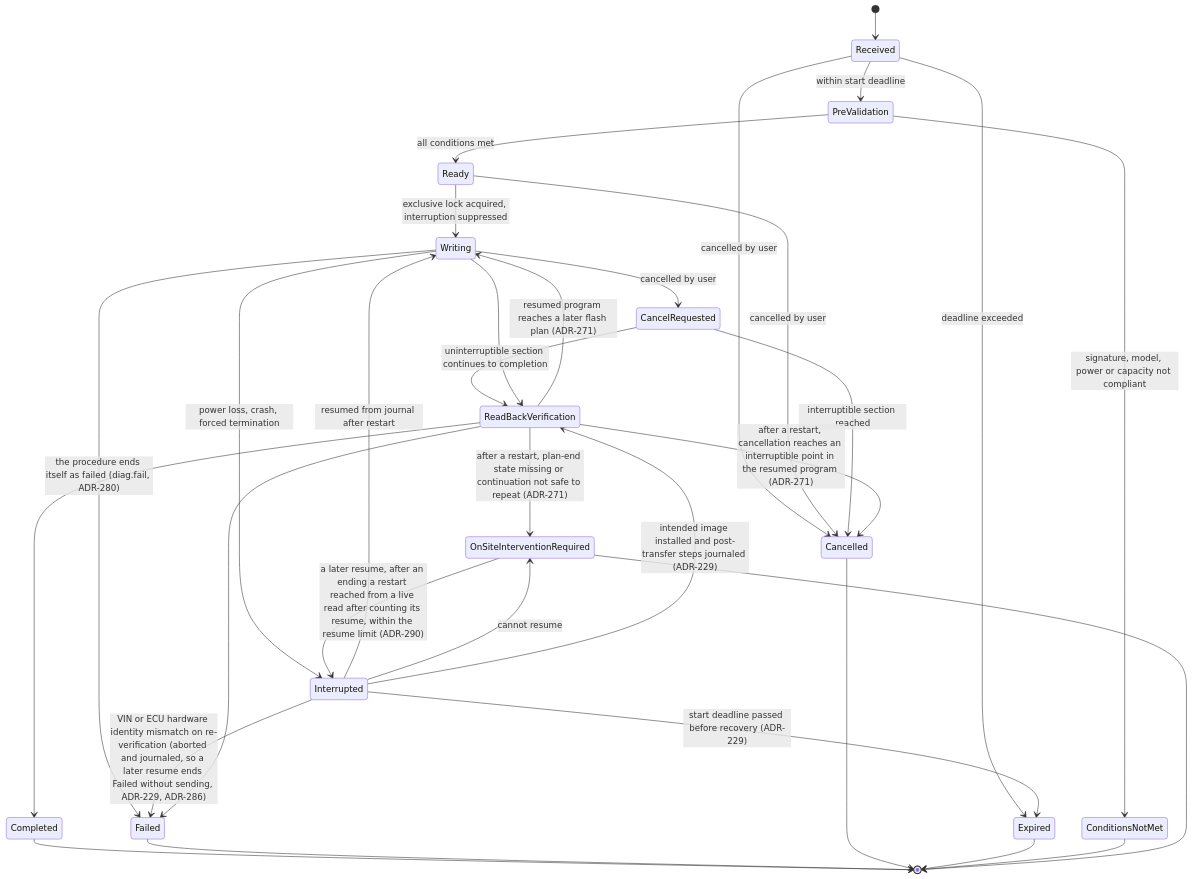
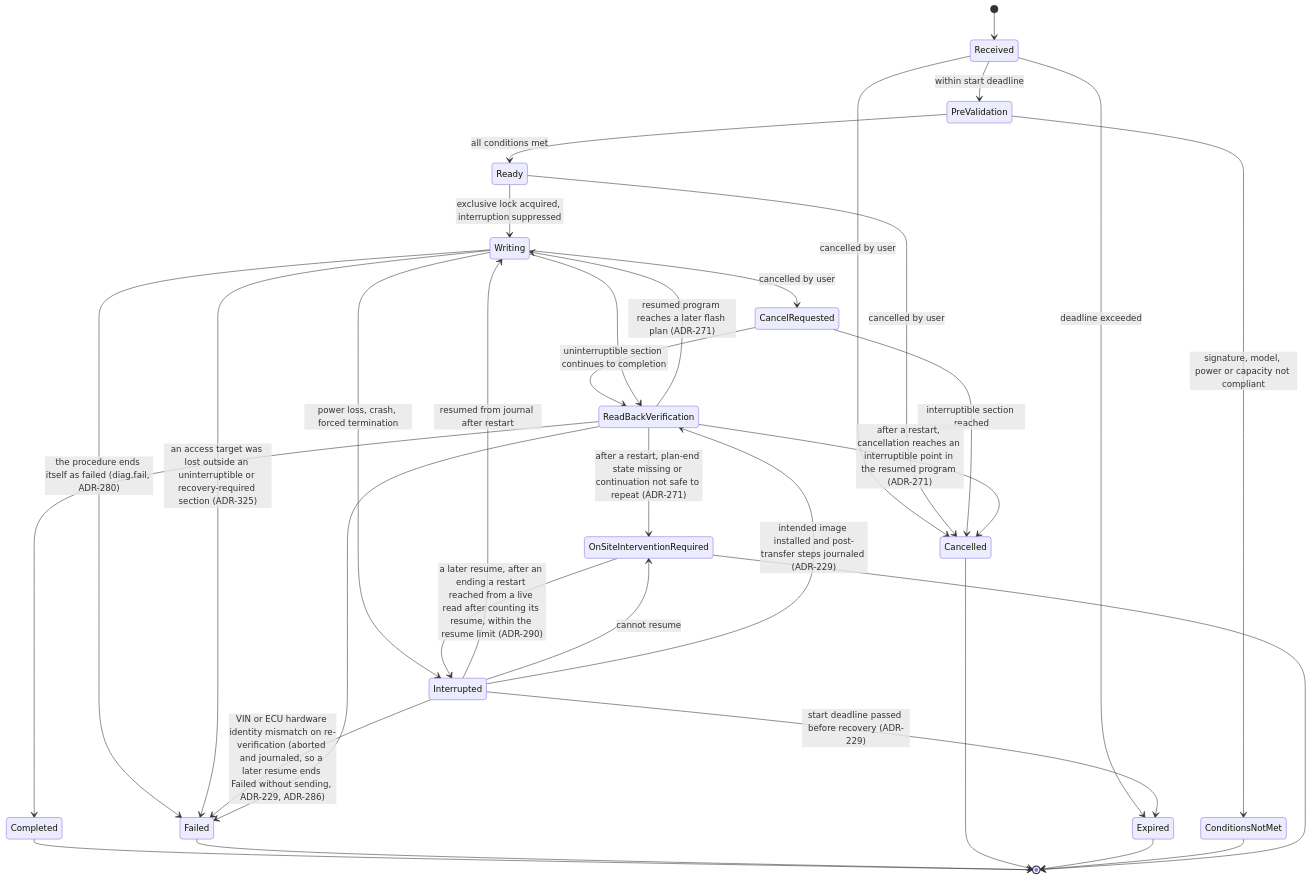
One commit to okayyoumay/nekoguruma changed the third of 6 diagrams in docs/system-architecture.md. Above: the diagram before and after it, drawn with Mermaid. The commit also changed other lines of this file and 14 other files, not shown here.

First line of the commit message:
docs: ADR-325, run access programs before identification and pin the keep-alive

````diff
--- a/docs/system-architecture.md
+++ b/docs/system-architecture.md
@@ -345,34 +345,35 @@
 ```mermaid
 stateDiagram-v2
     [*] --> Received
     Received --> PreValidation: within start deadline
     Received --> Expired: deadline exceeded
     PreValidation --> ConditionsNotMet: signature, model, power or capacity not compliant
     PreValidation --> Ready: all conditions met
     Ready --> Writing: exclusive lock acquired, interruption suppressed
     Received --> Cancelled: cancelled by user
     Ready --> Cancelled: cancelled by user
     Writing --> CancelRequested: cancelled by user
     CancelRequested --> Cancelled: interruptible section reached
     CancelRequested --> ReadBackVerification: uninterruptible section continues to completion
     Writing --> ReadBackVerification
     Writing --> Failed: the procedure ends itself as failed (diag.fail, ADR-280)
+    Writing --> Failed: an access target was lost outside an uninterruptible or recovery-required section (ADR-325)
     Writing --> Interrupted: power loss, crash, forced termination
     Interrupted --> Writing: resumed from journal after restart
     Interrupted --> OnSiteInterventionRequired: cannot resume
     OnSiteInterventionRequired --> Interrupted: a later resume, after an ending a restart reached from a live read after counting its resume, within the resume limit (ADR-290)
     Interrupted --> Expired: start deadline passed before recovery (ADR-229)
     Interrupted --> ReadBackVerification: intended image installed and post-transfer steps journaled (ADR-229)
     Interrupted --> Failed: VIN or ECU hardware identity mismatch on re-verification (aborted and journaled, so a later resume ends Failed without sending, ADR-229, ADR-286)
     ReadBackVerification --> Writing: resumed program reaches a later flash plan (ADR-271)
     ReadBackVerification --> OnSiteInterventionRequired: after a restart, plan-end state missing or continuation not safe to repeat (ADR-271)
     ReadBackVerification --> Cancelled: after a restart, cancellation reaches an interruptible point in the resumed program (ADR-271)
     ReadBackVerification --> Completed
     ReadBackVerification --> Failed
     Completed --> [*]
     Failed --> [*]
     Cancelled --> [*]
     Expired --> [*]
     ConditionsNotMet --> [*]
     OnSiteInterventionRequired --> [*]
 ```
````
